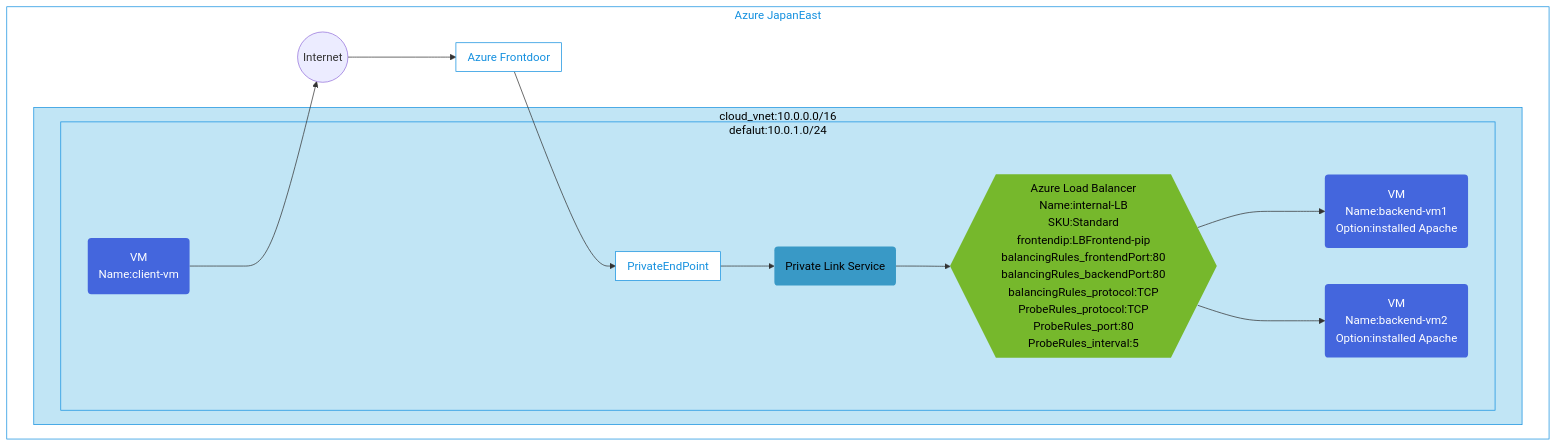
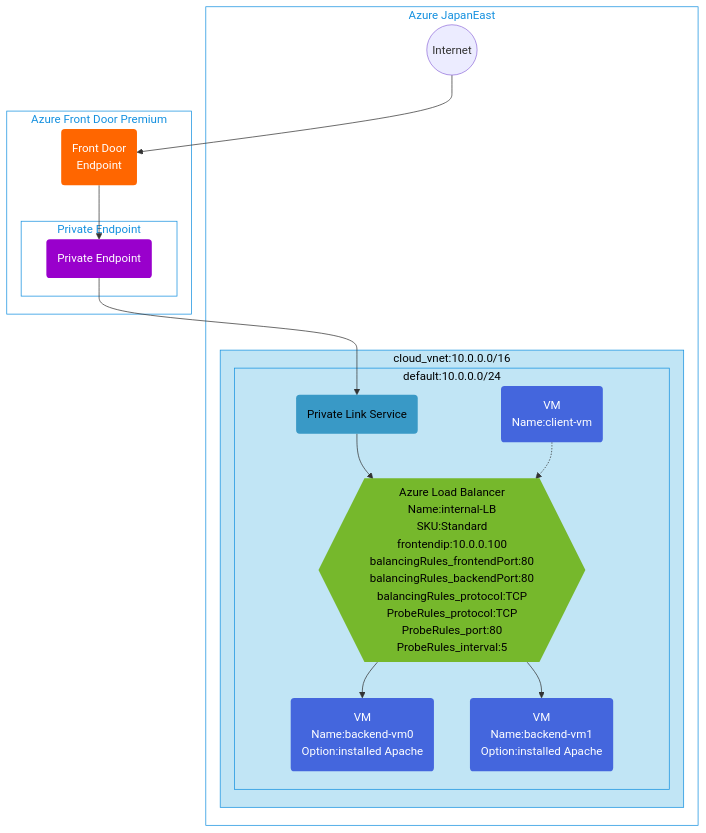
One commit to toizumi03/bicep-templates changed the diagram in afd-pls-lb-wevserver-env/README.md. Above: the diagram before and after it, drawn with Mermaid. The commit also changed other lines of this file, not shown here.

Commit message:
Complete README restructure and content update for afd-pls-lb-wevserver-env

````diff
--- a/afd-pls-lb-wevserver-env/README.md
+++ b/afd-pls-lb-wevserver-env/README.md
@@ -3,47 +4,56 @@
 ```mermaid
 graph TB;
 %% Groups and Services
 subgraph GR1[Azure JapanEast]
     IT((Internet))
   subgraph GV1[cloud_vnet:10.0.0.0/16]
-      subgraph GVS2[defalut:10.0.1.0/24]
+      subgraph GVS2[default:10.0.0.0/24]
         CP1("VM<br/>Name:client-vm")
         PLS("Private Link Service")
-        ALB{{"Azure Load Balancer<br/>Name:internal-LB<br/>SKU:Standard<br/>frontendip:LBFrontend-pip<br/>balancingRules_frontendPort:80<br/>balancingRules_backendPort:80<br/>balancingRules_protocol:TCP<br/>ProbeRules_protocol:TCP<br/>ProbeRules_port:80<br/>ProbeRules_interval:5"}}
-        CP2("VM<br/>Name:backend-vm1<br/>Option:installed Apache")
-        CP3("VM<br/>Name:backend-vm2<br/>Option:installed Apache")
-        subgraph GR3 [PrivateEndPoint]
+        ALB{{"Azure Load Balancer<br/>Name:internal-LB<br/>SKU:Standard<br/>frontendip:10.0.0.100<br/>balancingRules_frontendPort:80<br/>balancingRules_backendPort:80<br/>balancingRules_protocol:TCP<br/>ProbeRules_protocol:TCP<br/>ProbeRules_port:80<br/>ProbeRules_interval:5"}}
+        CP2("VM<br/>Name:backend-vm0<br/>Option:installed Apache")
+        CP3("VM<br/>Name:backend-vm1<br/>Option:installed Apache")
       end
-end
-end
-subgraph GR2 [Azure Frontdoor]
-end
+  end
 end
 
+subgraph GR2[Azure Front Door Premium]
+  AFD("Front Door<br/>Endpoint")
+  subgraph GR3[Private Endpoint]
+    PE("Private Endpoint")
+  end
+end
 
 %% Relation for resources
-CP1 ---> IT ---> GR2 --> GR3 --> PLS --> ALB
-ALB ---> CP2
-ALB ---> CP3
+IT --> AFD
+AFD --> PE
+PE --> PLS
+PLS --> ALB
+ALB --> CP2
+ALB --> CP3
+CP1 -.-> ALB
 
 %% Groups style
 classDef GSR fill:#fff,color:#1490df,stroke:#1490df
 class GR1,GR2,GR3 GSR
 
 classDef SGV1 fill:#c1e5f5,color:#000,stroke:#1490df
-class GV1,GV2,GVS1,GVS2,GVS3,GVS4 SGV1
+class GV1,GVS2 SGV1
  
 %% Service Style
 classDef SCP fill:#4466dd,color:#fff,stroke:none
 class CP1,CP2,CP3 SCP
 
 classDef SVPPLS fill:#3999c6,color:#000,stroke:none
 class PLS SVPPLS
 
 classDef SVPALB fill:#76b82c,color:#000,stroke:none
 class ALB SVPALB
 
-classDef SLNGW fill:#70b126,color:#fff,stroke:none
-class LNGW1,LNGW2 SLNGW
+classDef SVPAFD fill:#ff6600,color:#fff,stroke:none
+class AFD SVPAFD
+
+classDef SVPPE fill:#9900cc,color:#fff,stroke:none
+class PE SVPPE
 
 ```
````
